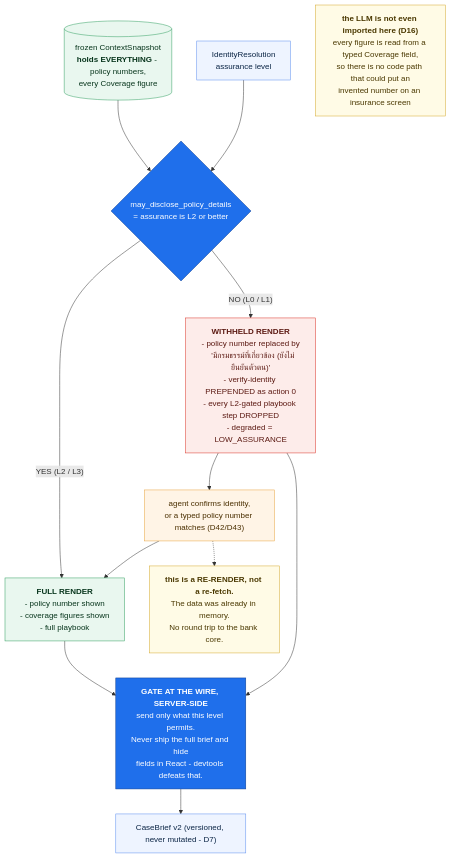
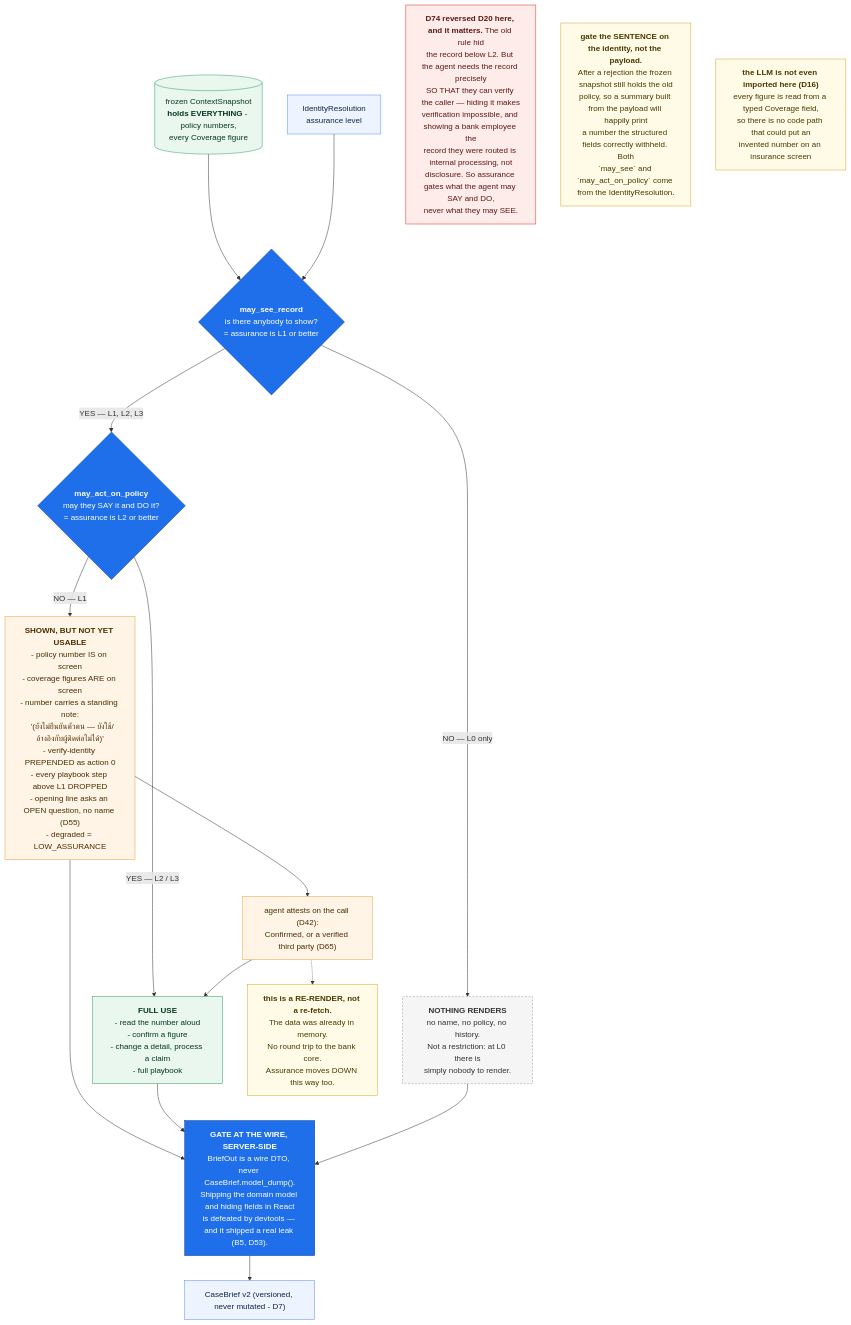
Before and after one commit to anakom-suvonvorn/Krungsri-ReadyCall: the diagram in docs/diagrams/src/brief_gating.mmd, drawn with Mermaid. The commit also changed 33 other files, not shown here.

First line of the commit message:
docs: a staleness sweep of the hand-drawn diagrams

```diff
--- a/docs/diagrams/src/brief_gating.mmd
+++ b/docs/diagrams/src/brief_gating.mmd
@@ -1,33 +1,45 @@
-%% HANDWRITTEN. Checked against services/brief/builder.py + D20 + D16
+%% HANDWRITTEN. Checked against services/brief/builder.py + D74 (which REVERSED D20's
+%% display gating) + D16 + D53 + B5
 flowchart TB
     SNAP[("frozen ContextSnapshot<br/><b>holds EVERYTHING</b> - policy numbers,<br/>every Coverage figure")]:::snap
     ID["IdentityResolution<br/>assurance level"]:::id
 
-    SNAP --> GATE
-    ID --> GATE
-    GATE{"may_disclose_policy_details<br/>= assurance is L2 or better"}:::gate
+    SNAP --> G1
+    ID --> G1
 
-    GATE -- "NO (L0 / L1)" --> LOW["<b>WITHHELD RENDER</b><br/>- policy number replaced by<br/>&nbsp;&nbsp;'มีกรมธรรม์ที่เกี่ยวข้อง (ยังไม่ยืนยันตัวตน)'<br/>- verify-identity PREPENDED as action 0<br/>- every L2-gated playbook step DROPPED<br/>- degraded = LOW_ASSURANCE"]:::low
-    GATE -- "YES (L2 / L3)" --> HIGH["<b>FULL RENDER</b><br/>- policy number shown<br/>- coverage figures shown<br/>- full playbook"]:::high
+    G1{"<b>may_see_record</b><br/>is there anybody to show?<br/>= assurance is L1 or better"}:::gate
+    G1 -- "NO — L0 only" --> L0["<b>NOTHING RENDERS</b><br/>no name, no policy, no history.<br/>Not a restriction: at L0 there is<br/>simply nobody to render."]:::low
+    G1 -- "YES — L1, L2, L3" --> G2
 
-    LOW --> PROMO["agent confirms identity,<br/>or a typed policy number matches (D42/D43)"]:::promo
-    PROMO --> HIGH
-    PROMO -.-> NOTE["<b>this is a RE-RENDER, not a re-fetch.</b><br/>The data was already in memory.<br/>No round trip to the bank core."]:::note
+    G2{"<b>may_act_on_policy</b><br/>may they SAY it and DO it?<br/>= assurance is L2 or better"}:::gate
 
-    HIGH --> WIRE
-    LOW --> WIRE
-    WIRE["<b>GATE AT THE WIRE, SERVER-SIDE</b><br/>send only what this level permits.<br/>Never ship the full brief and hide<br/>fields in React - devtools defeats that."]:::wire
+    G2 -- "NO — L1" --> L1["<b>SHOWN, BUT NOT YET USABLE</b><br/>- policy number IS on screen<br/>- coverage figures ARE on screen<br/>- number carries a standing note:<br/>&nbsp;&nbsp;'(ยังไม่ยืนยันตัวตน — ยังใช้/อ้างอิงกับผู้ติดต่อไม่ได้)'<br/>- verify-identity PREPENDED as action 0<br/>- every playbook step above L1 DROPPED<br/>- opening line asks an OPEN question, no name (D55)<br/>- degraded = LOW_ASSURANCE"]:::mid
+    G2 -- "YES — L2 / L3" --> L2["<b>FULL USE</b><br/>- read the number aloud<br/>- confirm a figure<br/>- change a detail, process a claim<br/>- full playbook"]:::high
+
+    L1 --> PROMO["agent attests on the call (D42):<br/>Confirmed, or a verified third party (D65)"]:::promo
+    PROMO --> L2
+    PROMO -.-> NOTE["<b>this is a RE-RENDER, not a re-fetch.</b><br/>The data was already in memory.<br/>No round trip to the bank core.<br/>Assurance moves DOWN this way too."]:::note
+
+    D74["<b>D74 reversed D20 here, and it matters.</b> The old rule hid<br/>the record below L2. But the agent needs the record precisely<br/>SO THAT they can verify the caller — hiding it makes<br/>verification impossible, and showing a bank employee the<br/>record they were routed is internal processing, not<br/>disclosure. So assurance gates what the agent may SAY and DO,<br/>never what they may SEE."]:::big
+
+    L1 --> WIRE
+    L2 --> WIRE
+    L0 --> WIRE
+    WIRE["<b>GATE AT THE WIRE, SERVER-SIDE</b><br/>BriefOut is a wire DTO, never CaseBrief.model_dump().<br/>Shipping the domain model and hiding fields in React<br/>is defeated by devtools — and it shipped a real leak (B5, D53)."]:::wire
     WIRE --> V2["CaseBrief v2 (versioned, never mutated - D7)"]:::v2
 
-    NO_AI["<b>the LLM is not even imported here (D16)</b><br/>every figure is read from a typed Coverage field,<br/>so there is no code path that could put an<br/>invented number on an insurance screen"]:::noai
+    B5["<b>gate the SENTENCE on the identity, not the payload.</b><br/>After a rejection the frozen snapshot still holds the old<br/>policy, so a summary built from the payload will happily print<br/>a number the structured fields correctly withheld. Both<br/>`may_see` and `may_act_on_policy` come from the IdentityResolution."]:::note
+
+    NO_AI["<b>the LLM is not even imported here (D16)</b><br/>every figure is read from a typed Coverage field,<br/>so there is no code path that could put an<br/>invented number on an insurance screen"]:::note
 
     classDef snap fill:#e9f7ef,stroke:#2f9e5f,color:#08361d
     classDef id fill:#eef4ff,stroke:#5b8def,color:#0b2545
     classDef gate fill:#1f6feb,stroke:#0b3d91,color:#fff
-    classDef low fill:#fdecea,stroke:#d93025,color:#5c1a13
+    classDef low fill:#f5f5f5,stroke:#999,color:#333,stroke-dasharray:4 3
+    classDef mid fill:#fff4e6,stroke:#e8a33d,color:#4a2f00
     classDef high fill:#e9f7ef,stroke:#2f9e5f,color:#08361d
     classDef promo fill:#fff4e6,stroke:#e8a33d,color:#4a2f00
     classDef wire fill:#1f6feb,stroke:#0b3d91,color:#fff
     classDef v2 fill:#eef4ff,stroke:#5b8def,color:#0b2545
     classDef note fill:#fffbe6,stroke:#d4a72c,color:#4a3800
-    classDef noai fill:#fffbe6,stroke:#d4a72c,color:#4a3800
+    classDef big fill:#fdecea,stroke:#d93025,color:#5c1a13
```
